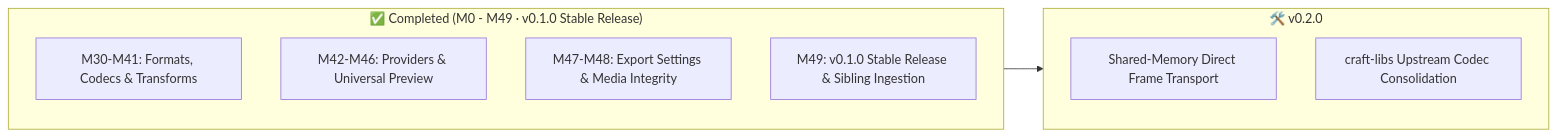
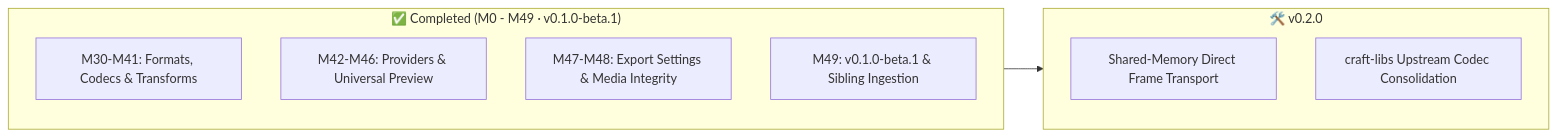
One commit to el-j/encoderCraft changed the diagram in README.md. Above: the diagram before and after it, drawn with Mermaid. The commit also changed other lines of this file and 5 other files, not shown here.

First line of the commit message:
chore(release): prepare v0.1.0-beta.1 release

````diff
--- a/README.md
+++ b/README.md
@@ -88,16 +88,16 @@
 ```mermaid
 flowchart LR
-    subgraph Completed ["✅ Completed (M0 - M49 · v0.1.0 Stable Release)"]
+    subgraph Completed ["✅ Completed (M0 - M49 · v0.1.0-beta.1)"]
         M30_41["M30-M41: Formats, Codecs & Transforms"]
         M42_46["M42-M46: Providers & Universal Preview"]
         M47_48["M47-M48: Export Settings & Media Integrity"]
-        M49["M49: v0.1.0 Stable Release & Sibling Ingestion"]
+        M49["M49: v0.1.0-beta.1 & Sibling Ingestion"]
     end
 
     subgraph Next ["🛠️ v0.2.0"]
         ICEORYX["Shared-Memory Direct Frame Transport"]
         UPSTREAM["craft-libs Upstream Codec Consolidation"]
     end
 
     Completed --> Next
 ```
````
